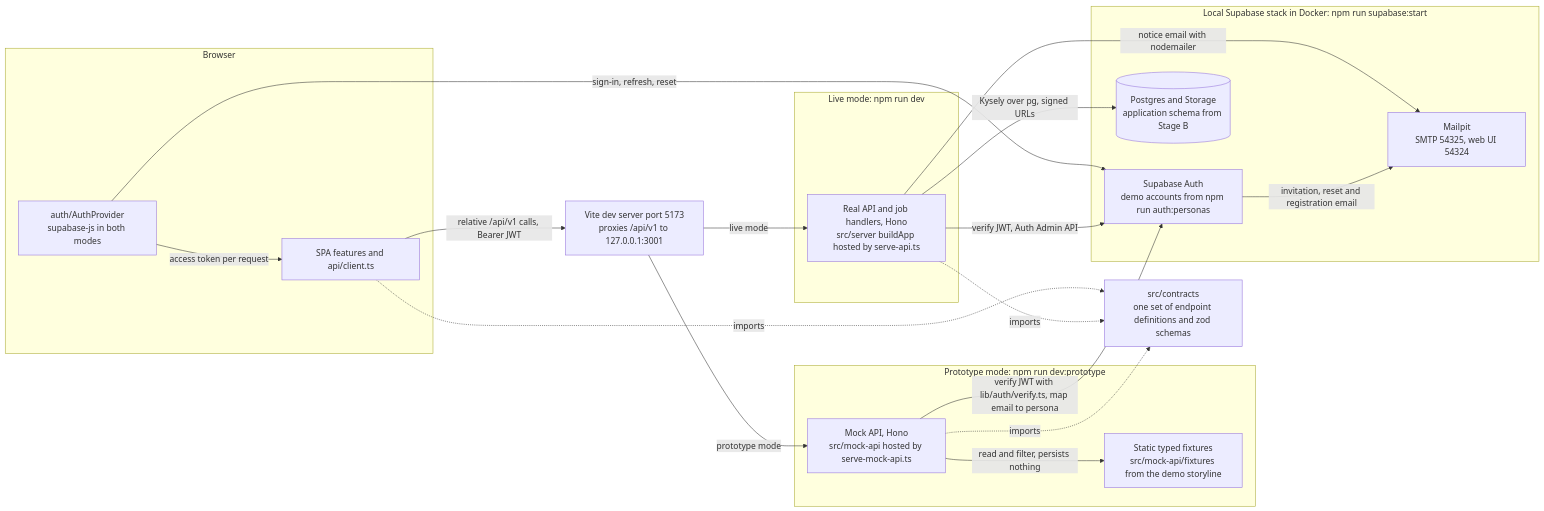
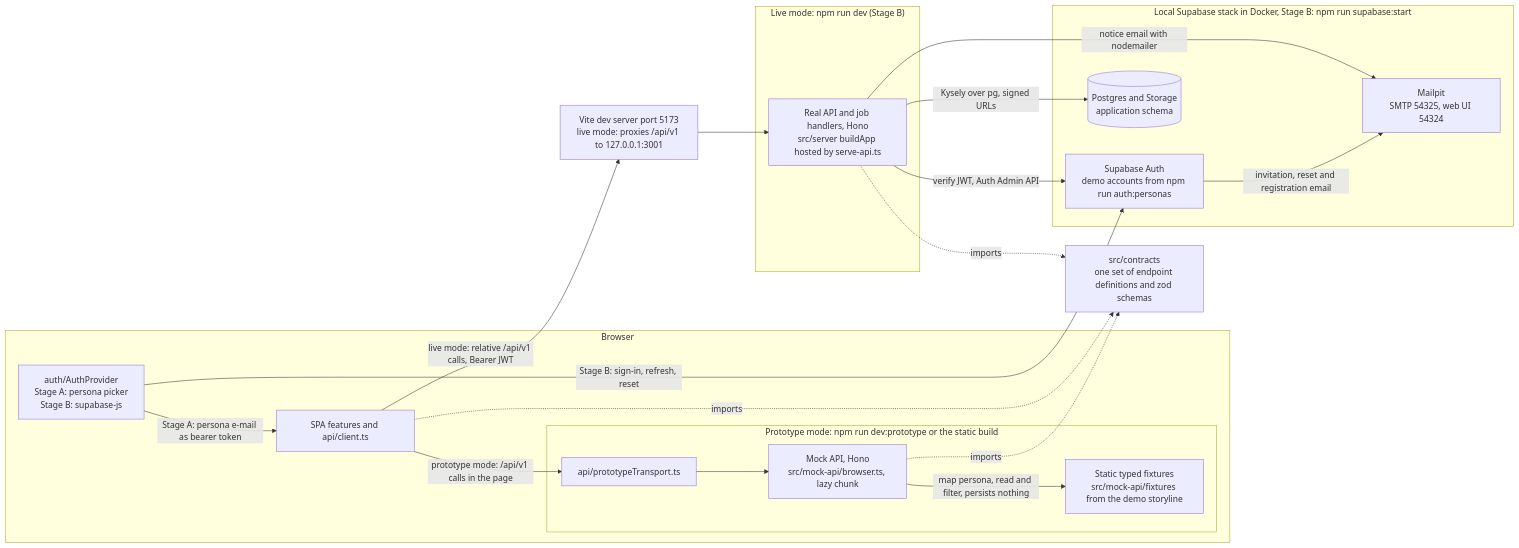
Before and after one commit to wemaketools/tenderiq: the sixth of 8 diagrams in docs/technical/02-architecture.md, drawn with Mermaid. The commit also changed other lines of this file and 157 other files, not shown here.

````diff
--- a/docs/technical/02-architecture.md
+++ b/docs/technical/02-architecture.md
@@ -526,36 +531,37 @@
 ```mermaid
 flowchart LR
     subgraph browser["Browser"]
         SPA["SPA features and api/client.ts"]
-        AD["auth/AuthProvider<br/>supabase-js in both modes"]
+        AD["auth/AuthProvider<br/>Stage A: persona picker<br/>Stage B: supabase-js"]
+        subgraph modeA["Prototype mode: npm run dev:prototype or the static build"]
+            PT["api/prototypeTransport.ts"]
+            MOCK["Mock API, Hono<br/>src/mock-api/browser.ts, lazy chunk"]
+            FIX["Static typed fixtures<br/>src/mock-api/fixtures from the demo storyline"]
+        end
     end
-    VITE["Vite dev server port 5173<br/>proxies /api/v1 to 127.0.0.1:3001"]
-    subgraph modeA["Prototype mode: npm run dev:prototype"]
-        MOCK["Mock API, Hono<br/>src/mock-api hosted by serve-mock-api.ts"]
-        FIX["Static typed fixtures<br/>src/mock-api/fixtures from the demo storyline"]
-    end
-    subgraph modeB["Live mode: npm run dev"]
+    VITE["Vite dev server port 5173<br/>live mode: proxies /api/v1 to 127.0.0.1:3001"]
+    subgraph modeB["Live mode: npm run dev (Stage B)"]
         REAL["Real API and job handlers, Hono<br/>src/server buildApp hosted by serve-api.ts"]
     end
-    subgraph stack["Local Supabase stack in Docker: npm run supabase:start"]
+    subgraph stack["Local Supabase stack in Docker, Stage B: npm run supabase:start"]
         SAUTH["Supabase Auth<br/>demo accounts from npm run auth:personas"]
-        SDB[("Postgres and Storage<br/>application schema from Stage B")]
+        SDB[("Postgres and Storage<br/>application schema")]
         MAIL["Mailpit<br/>SMTP 54325, web UI 54324"]
     end
     CON["src/contracts<br/>one set of endpoint definitions and zod schemas"]
 
-    AD -->|"sign-in, refresh, reset"| SAUTH
-    AD -->|"access token per request"| SPA
-    SPA -->|"relative /api/v1 calls, Bearer JWT"| VITE
-    VITE -->|"prototype mode"| MOCK
-    VITE -->|"live mode"| REAL
-    MOCK -->|"verify JWT with lib/auth/verify.ts, map email to persona"| SAUTH
-    MOCK -->|"read and filter, persists nothing"| FIX
+    AD -->|"Stage A: persona e-mail as bearer token"| SPA
+    AD -->|"Stage B: sign-in, refresh, reset"| SAUTH
+    SPA -->|"prototype mode: /api/v1 calls in the page"| PT
+    PT --> MOCK
+    MOCK -->|"map persona, read and filter, persists nothing"| FIX
+    SPA -->|"live mode: relative /api/v1 calls, Bearer JWT"| VITE
+    VITE --> REAL
     REAL -->|"verify JWT, Auth Admin API"| SAUTH
     REAL -->|"Kysely over pg, signed URLs"| SDB
     REAL -->|"notice email with nodemailer"| MAIL
     SAUTH -->|"invitation, reset and registration email"| MAIL
     SPA -.->|"imports"| CON
     MOCK -.->|"imports"| CON
     REAL -.->|"imports"| CON
 ```
````
